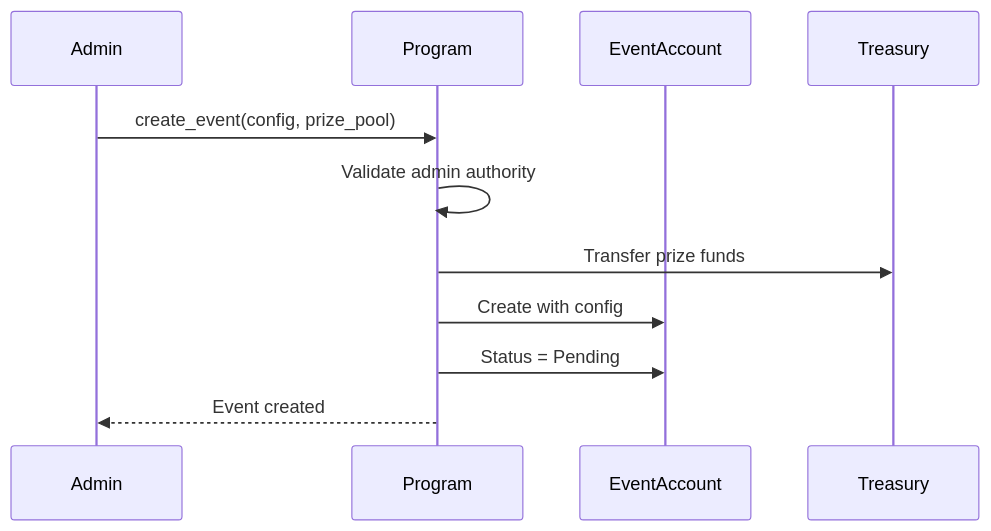
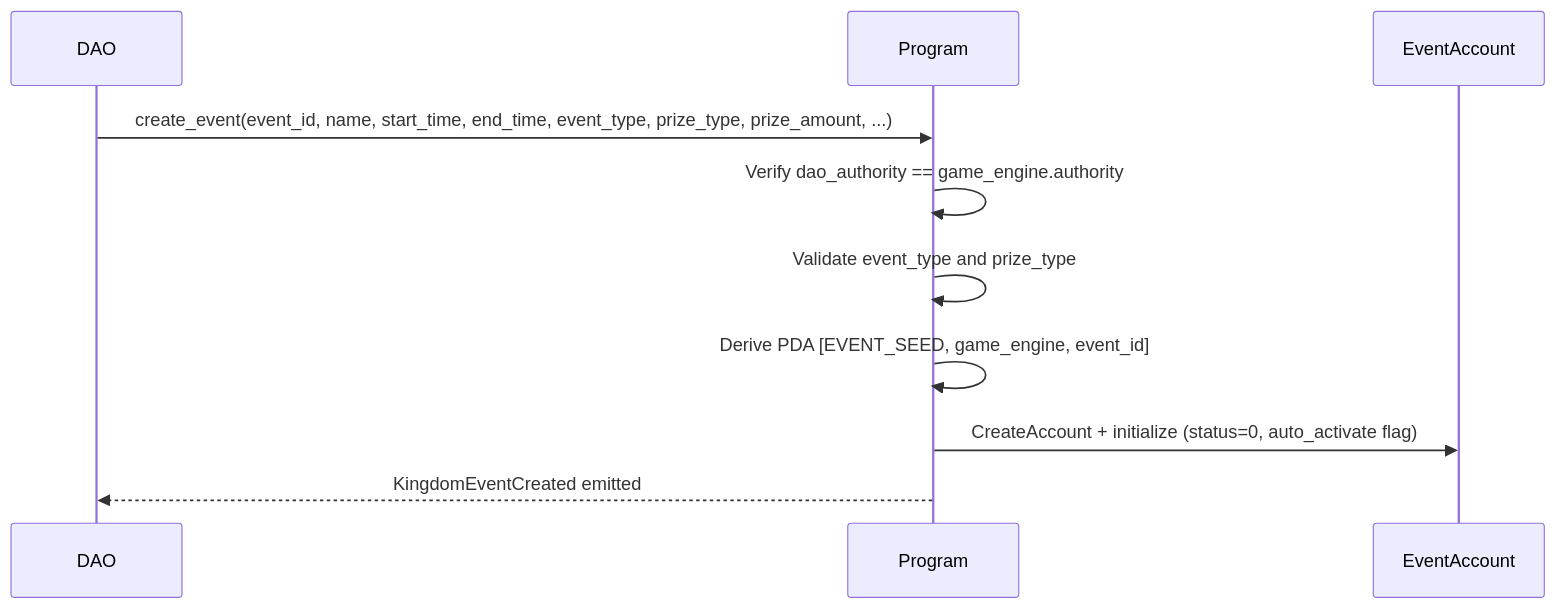
The sixth of 8 diagrams in docs/onchain/04-systems/events.md (crypt0miester/novus-mundus), drawn with Mermaid before and after one commit. The commit also changed other lines of this file and 259 other files, not shown here.

````diff
--- a/docs/onchain/04-systems/events.md
+++ b/docs/onchain/04-systems/events.md
@@ -162,14 +313,13 @@
 ```mermaid
 sequenceDiagram
-    participant Admin
+    participant DAO
     participant Program
     participant EventAccount
-    participant Treasury
 
-    Admin->>Program: create_event(config, prize_pool)
-    Program->>Program: Validate admin authority
-    Program->>Treasury: Transfer prize funds
-    Program->>EventAccount: Create with config
-    Program->>EventAccount: Status = Pending
-    Program-->>Admin: Event created
+    DAO->>Program: create_event(event_id, name, start_time, end_time, event_type, prize_type, prize_amount, ...)
+    Program->>Program: Verify dao_authority == game_engine.authority
+    Program->>Program: Validate event_type and prize_type
+    Program->>Program: Derive PDA [EVENT_SEED, game_engine, event_id]
+    Program->>EventAccount: CreateAccount + initialize (status=0, auto_activate flag)
+    Program-->>DAO: KingdomEventCreated emitted
 ```
````
